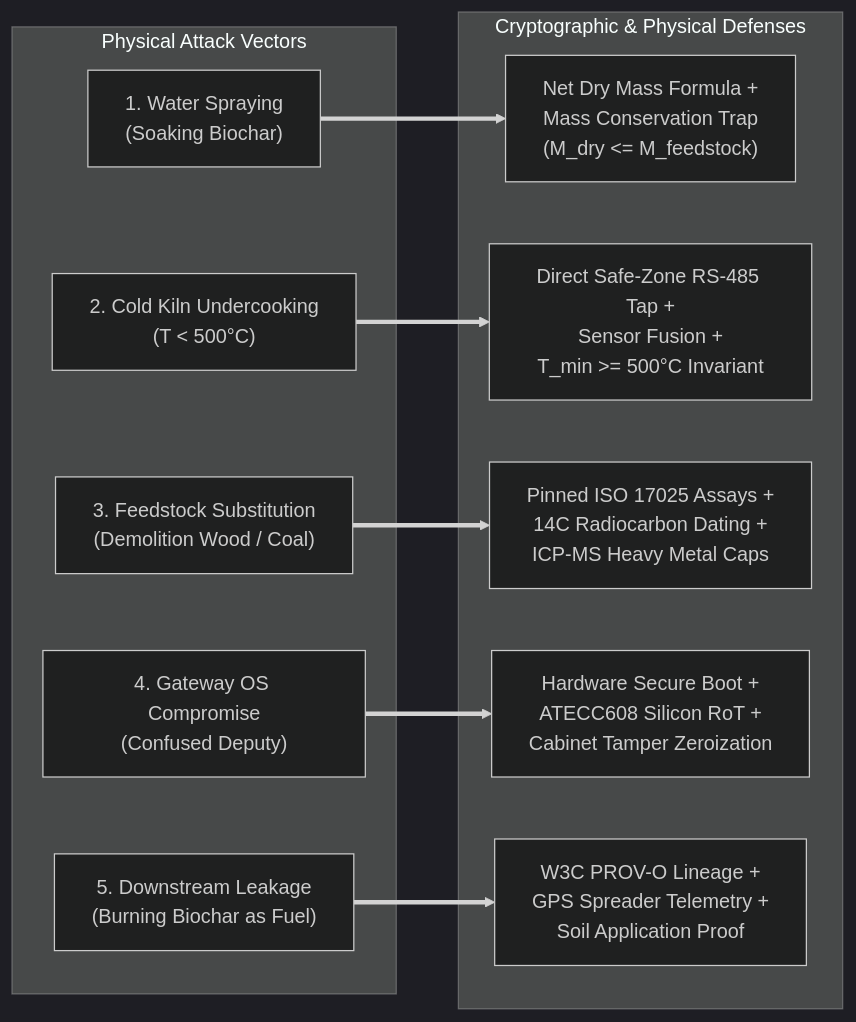
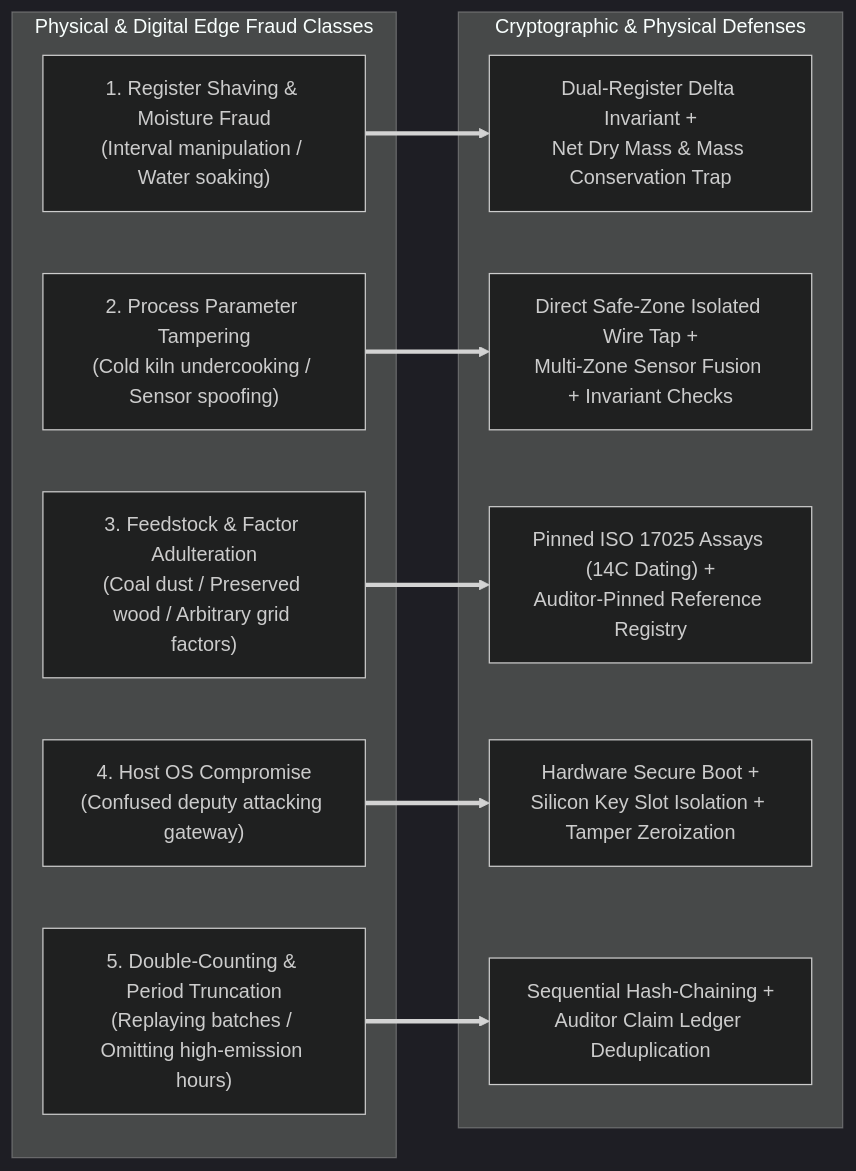
The third of 4 diagrams in README.md (aloysiusjebanson-lab/trustworthy-telemetry), drawn with Mermaid (dark theme) before and after one commit. The commit also changed other lines of this file, not shown here.

Commit message:
docs: reframe architecture and README around core Restack open internet telemetry protocol

````diff
--- a/README.md
+++ b/README.md
@@ -206,24 +190,24 @@
 ```mermaid
 flowchart LR
-    subgraph VULN["Physical Attack Vectors"]
-        V1["1. Water Spraying\n(Soaking Biochar)"]
-        V2["2. Cold Kiln Undercooking\n(T < 500°C)"]
-        V3["3. Feedstock Substitution\n(Demolition Wood / Coal)"]
-        V4["4. Gateway OS Compromise\n(Confused Deputy)"]
-        V5["5. Downstream Leakage\n(Burning Biochar as Fuel)"]
+    subgraph VULN["Physical & Digital Edge Fraud Classes"]
+        V1["1. Register Shaving & Moisture Fraud\n(Interval manipulation / Water soaking)"]
+        V2["2. Process Parameter Tampering\n(Cold kiln undercooking / Sensor spoofing)"]
+        V3["3. Feedstock & Factor Adulteration\n(Coal dust / Preserved wood / Arbitrary grid factors)"]
+        V4["4. Host OS Compromise\n(Confused deputy attacking gateway)"]
+        V5["5. Double-Counting & Period Truncation\n(Replaying batches / Omitting high-emission hours)"]
     end
 
     subgraph DEF["Cryptographic & Physical Defenses"]
-        D1["Net Dry Mass Formula +\nMass Conservation Trap\n(M_dry <= M_feedstock)"]
-        D2["Direct Safe-Zone RS-485 Tap +\nSensor Fusion +\nT_min >= 500°C Invariant"]
-        D3["Pinned ISO 17025 Assays +\n14C Radiocarbon Dating +\nICP-MS Heavy Metal Caps"]
-        D4["Hardware Secure Boot +\nATECC608 Silicon RoT +\nCabinet Tamper Zeroization"]
-        D5["W3C PROV-O Lineage +\nGPS Spreader Telemetry +\nSoil Application Proof"]
+        D1["Dual-Register Delta Invariant +\nNet Dry Mass & Mass Conservation Trap"]
+        D2["Direct Safe-Zone Isolated Wire Tap +\nMulti-Zone Sensor Fusion + Invariant Checks"]
+        D3["Pinned ISO 17025 Assays (14C Dating) +\nAuditor-Pinned Reference Registry"]
+        D4["Hardware Secure Boot +\nSilicon Key Slot Isolation + Tamper Zeroization"]
+        D5["Sequential Hash-Chaining +\nAuditor Claim Ledger Deduplication"]
     end
 
     V1 ==> D1
     V2 ==> D2
     V3 ==> D3
     V4 ==> D4
     V5 ==> D5
 ```
````
